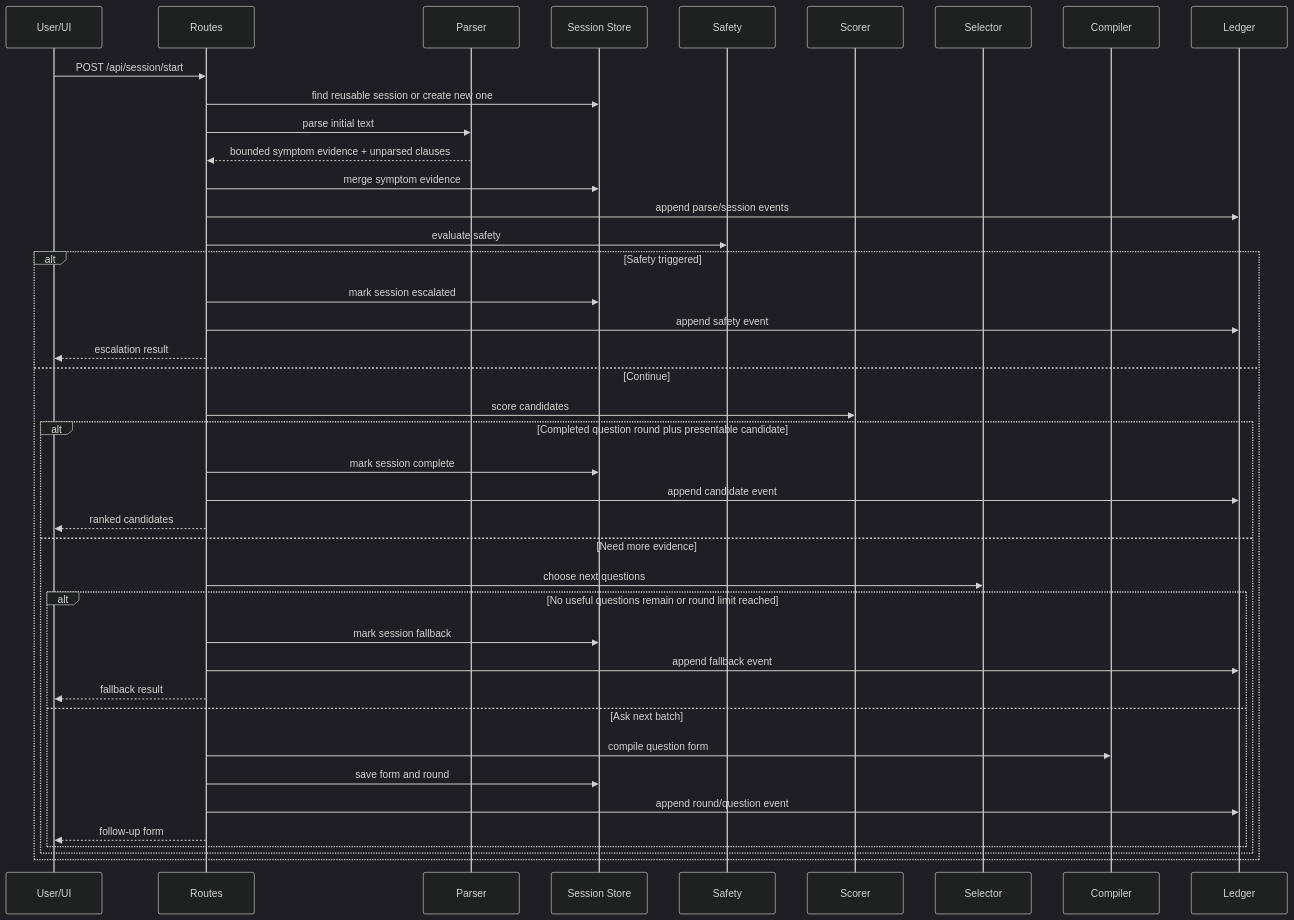
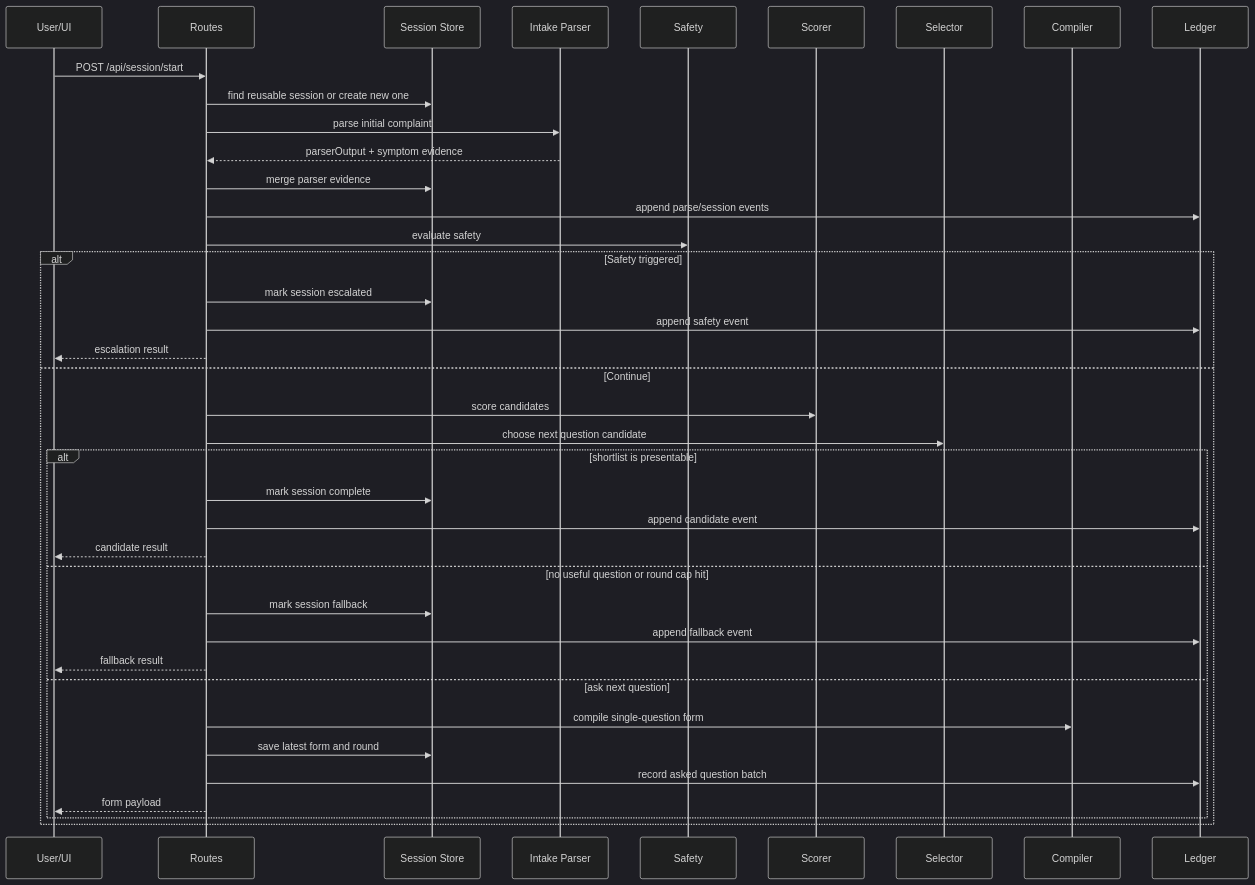
One commit to prnvh/diagnostic-engine changed the second of 3 diagrams in SYSTEM_ARCHITECTURE.md. Above: the diagram before and after it, drawn with Mermaid (dark theme). The commit also changed other lines of this file and 2 other files, not shown here.

````diff
--- a/SYSTEM_ARCHITECTURE.md
+++ b/SYSTEM_ARCHITECTURE.md
@@ -228,44 +262,42 @@
 ```mermaid
 sequenceDiagram
     participant U as User/UI
     participant R as Routes
-    participant P as Parser
     participant S as Session Store
+    participant I as Intake Parser
     participant Safe as Safety
     participant Score as Scorer
     participant Sel as Selector
     participant C as Compiler
     participant L as Ledger
 
     U->>R: POST /api/session/start
     R->>S: find reusable session or create new one
-    R->>P: parse initial text
-    P-->>R: bounded symptom evidence + unparsed clauses
-    R->>S: merge symptom evidence
+    R->>I: parse initial complaint
+    I-->>R: parserOutput + symptom evidence
+    R->>S: merge parser evidence
     R->>L: append parse/session events
     R->>Safe: evaluate safety
     alt Safety triggered
         R->>S: mark session escalated
         R->>L: append safety event
         R-->>U: escalation result
     else Continue
         R->>Score: score candidates
-        alt Completed question round plus presentable candidate
+        R->>Sel: choose next question candidate
+        alt shortlist is presentable
             R->>S: mark session complete
             R->>L: append candidate event
-            R-->>U: ranked candidates
-        else Need more evidence
-            R->>Sel: choose next questions
-            alt No useful questions remain or round limit reached
-                R->>S: mark session fallback
-                R->>L: append fallback event
-                R-->>U: fallback result
-            else Ask next batch
-                R->>C: compile question form
-                R->>S: save form and round
-                R->>L: append round/question event
-                R-->>U: follow-up form
-            end
+            R-->>U: candidate result
+        else no useful question or round cap hit
+            R->>S: mark session fallback
+            R->>L: append fallback event
+            R-->>U: fallback result
+        else ask next question
+            R->>C: compile single-question form
+            R->>S: save latest form and round
+            R->>L: record asked question batch
+            R-->>U: form payload
         end
     end
 ```
````
